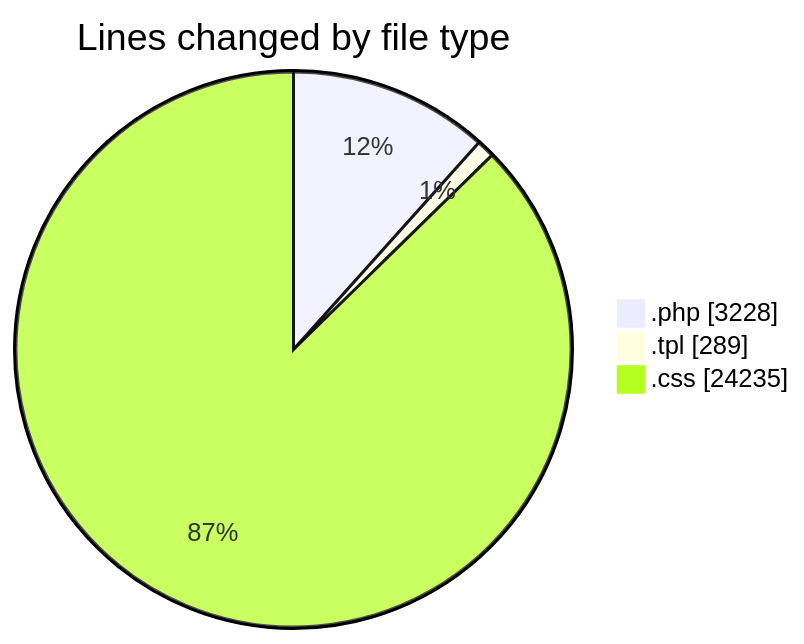
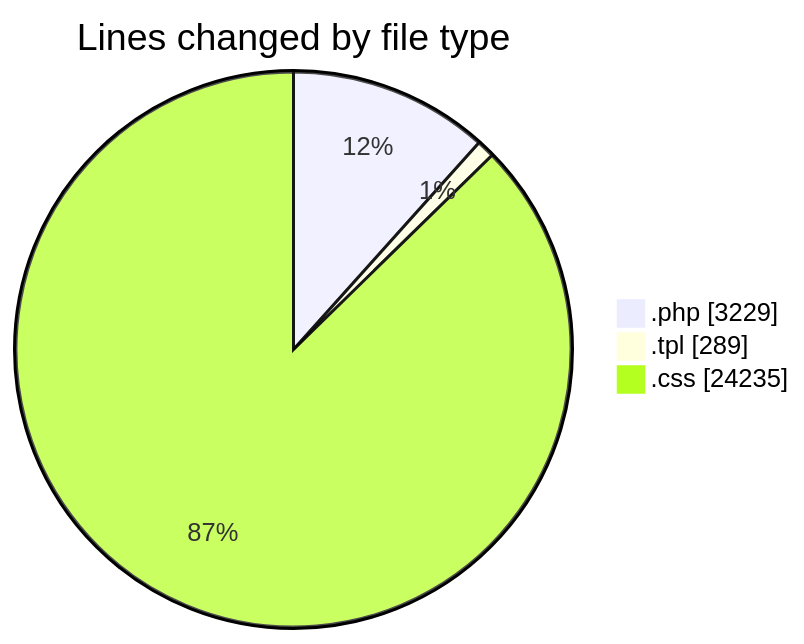
Before and after one commit to vahidmafi/code-tracking: the first of 2 diagrams in 2025-04-18/zeytoon/README.md, drawn with Mermaid. The commit also changed other lines of this file and 1 other file, not shown here.

````diff
--- a/2025-04-18/zeytoon/README.md
+++ b/2025-04-18/zeytoon/README.md
@@ -26,7 +26,7 @@
 ```mermaid
 pie showData
 title Lines changed by file type
-".php" : 3228
+".php" : 3229
 ".tpl" : 289
 ".css" : 24235
 ```
````
